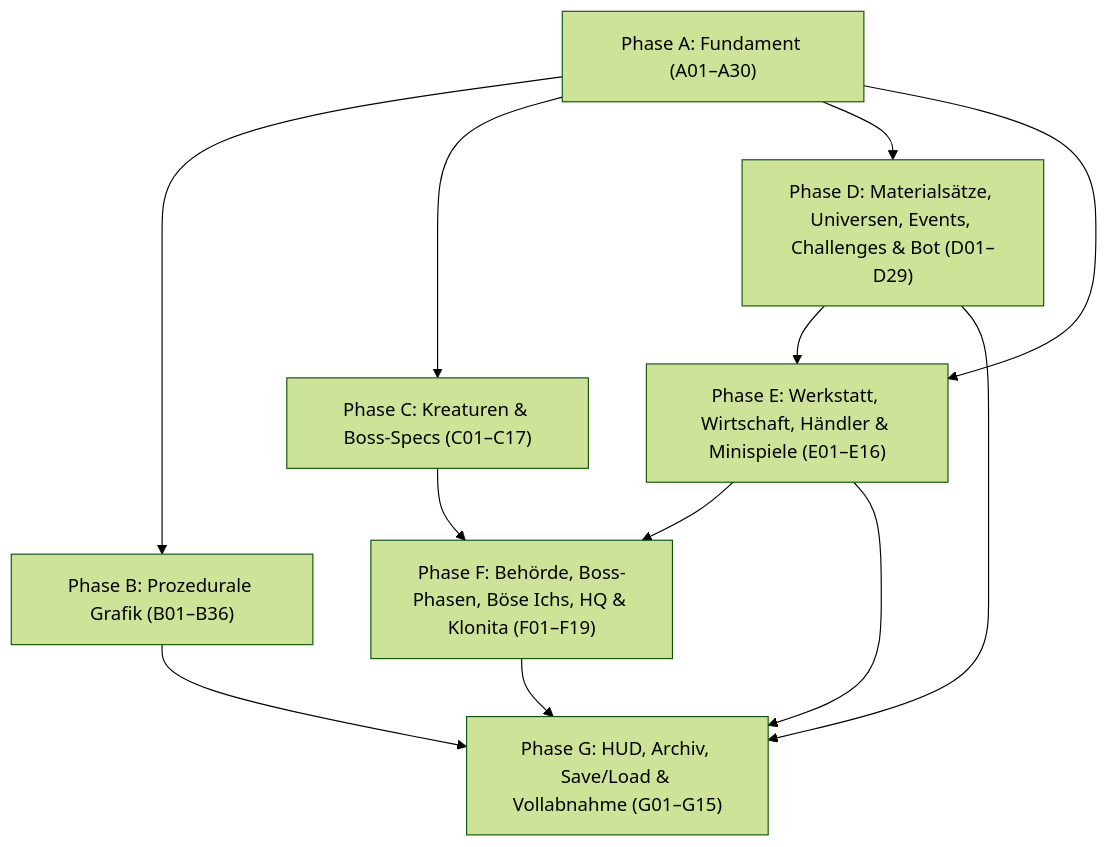
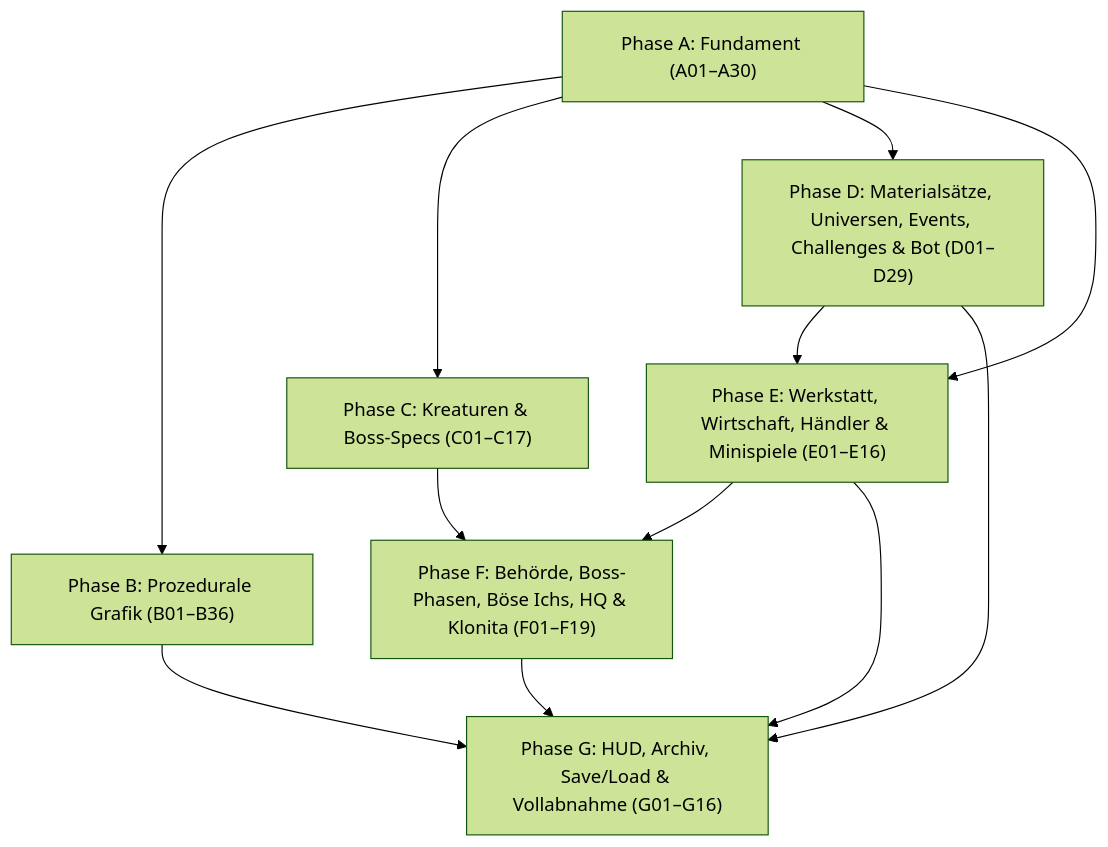
One commit to TGBox/py-noita-claude changed the diagram in docs/plan/README.md. Above: the diagram before and after it, drawn with Mermaid (forest theme). The commit also changed other lines of this file and 5 other files, not shown here.

````diff
--- a/docs/plan/README.md
+++ b/docs/plan/README.md
@@ -57,22 +57,22 @@
 ```mermaid
 flowchart TD
     A["Phase A: Fundament (A01–A30)"]
     B["Phase B: Prozedurale Grafik (B01–B36)"]
     C["Phase C: Kreaturen & Boss-Specs (C01–C17)"]
     D["Phase D: Materialsätze, Universen, Events, Challenges & Bot (D01–D29)"]
     E["Phase E: Werkstatt, Wirtschaft, Händler & Minispiele (E01–E16)"]
     F["Phase F: Behörde, Boss-Phasen, Böse Ichs, HQ & Klonita (F01–F19)"]
-    G["Phase G: HUD, Archiv, Save/Load & Vollabnahme (G01–G15)"]
+    G["Phase G: HUD, Archiv, Save/Load & Vollabnahme (G01–G16)"]
 
     A --> B
     A --> C
     A --> D
     A --> E
     C --> F
     D --> E
     E --> F
     B --> G
     D --> G
     E --> G
     F --> G
 ```
````
